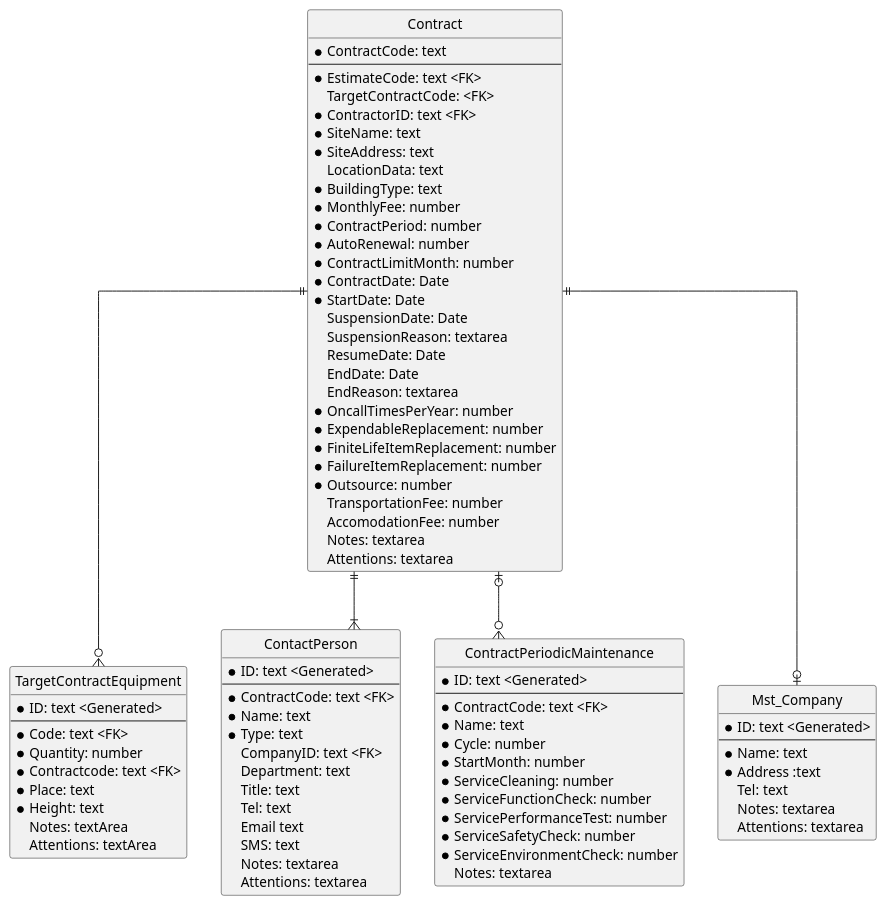
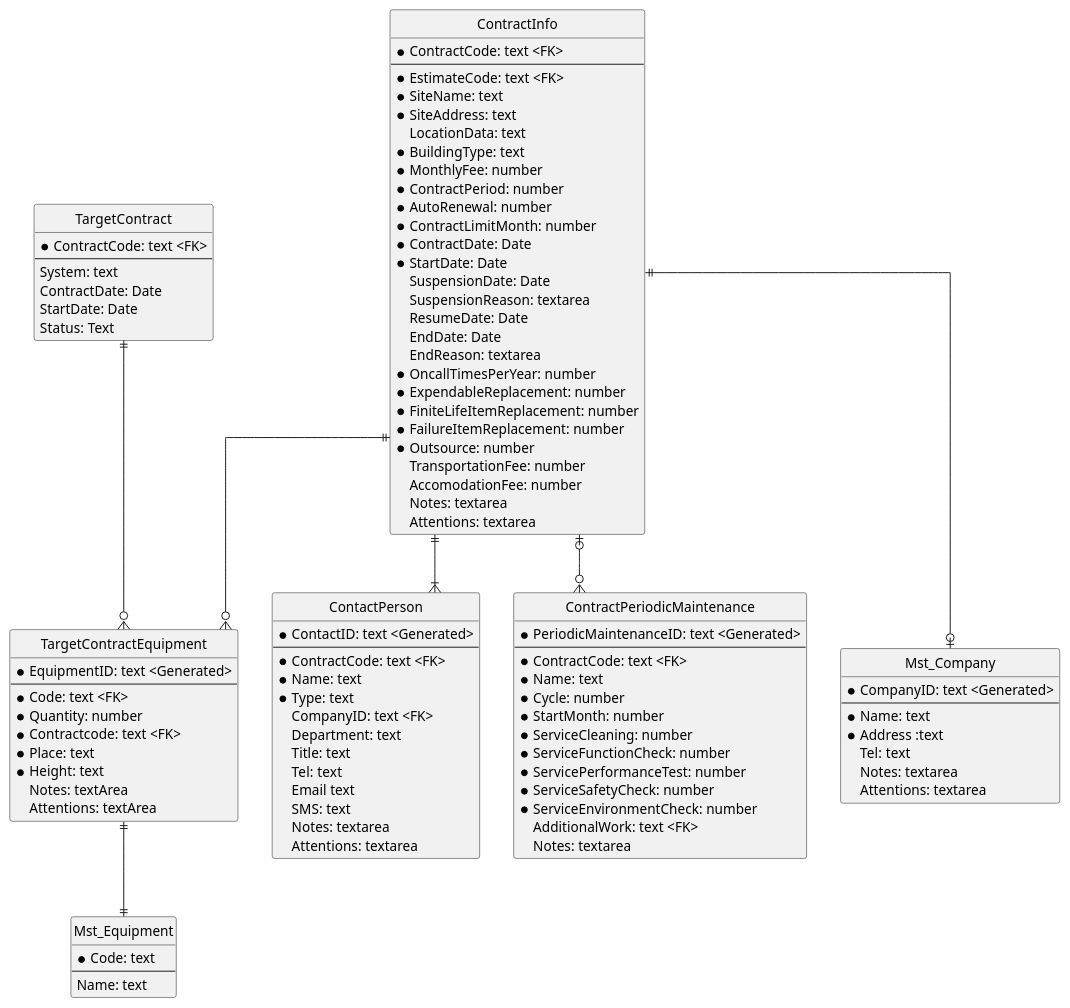
The diagram in er_contract.pu (himiz6912/mms), drawn with PlantUML before and after one commit. The commit also changed 5 other files, not shown here.

```diff
--- a/er_contract.pu
+++ b/er_contract.pu
@@ -1,93 +1,108 @@
 @startuml
 hide circle
 skinparam linetype ortho
 
-entity Contract {
-    * ContractCode: text
+entity ContractInfo {
+    * ContractCode: text <FK>
     --
     * EstimateCode: text <FK>
-    TargetContractCode: <FK>
-    * ContractorID: text <FK>
     * SiteName: text
     * SiteAddress: text
     LocationData: text
     * BuildingType: text
     * MonthlyFee: number
     * ContractPeriod: number
     * AutoRenewal: number
     * ContractLimitMonth: number
     * ContractDate: Date
     * StartDate: Date
     SuspensionDate: Date
     SuspensionReason: textarea
     ResumeDate: Date
     EndDate: Date
     EndReason: textarea
     * OncallTimesPerYear: number
     * ExpendableReplacement: number
     * FiniteLifeItemReplacement: number
     * FailureItemReplacement: number
     * Outsource: number
     TransportationFee: number
     AccomodationFee: number
     Notes: textarea
     Attentions: textarea
 }
 ' BuildingType: Office/ Factory/ Warehouse/ House/ Apartment/ Office building/ Store/ .. 
+entity TargetContract {
+    * ContractCode: text <FK>
+    --
+    System: text
+    ContractDate: Date
+    StartDate: Date
+    Status: Text
+}
 entity TargetContractEquipment {
-    * ID: text <Generated>
+    * EquipmentID: text <Generated>
     --
     * Code: text <FK>
     * Quantity: number
     * Contractcode: text <FK>
     * Place: text
     * Height: text
     Notes: textArea
     Attentions: textArea
 }
 ' Height: Normal height/ Airial work platform/ Airial Work vehicle
+entity Mst_Equipment {
+    * Code: text
+    --
+    Name: text
+}
 entity ContactPerson {
-    * ID: text <Generated>
+    * ContactID: text <Generated>
     --
     * ContractCode: text <FK>
     * Name: text
     * Type: text
     CompanyID: text <FK>
     Department: text
     Title: text
     Tel: text
     Email text
     SMS: text
     Notes: textarea
     Attentions: textarea
 }
 ' Type: Contract/ Emergency/ Appointment/ Habitant/ Security/ Employee
 entity ContractPeriodicMaintenance {
-    * ID: text <Generated>
+    * PeriodicMaintenanceID: text <Generated>
     --
     * ContractCode: text <FK>
     * Name: text
     * Cycle: number
     * StartMonth: number
     * ServiceCleaning: number
     * ServiceFunctionCheck: number
     * ServicePerformanceTest: number
     * ServiceSafetyCheck: number
     * ServiceEnvironmentCheck: number
+    AdditionalWork: text <FK>
     Notes: textarea
 }
+' AdditionalWork: array of CheckStandardID
 entity Mst_Company {
-    * ID: text <Generated>
+    * CompanyID: text <Generated>
     --
     * Name: text
     * Address :text
     Tel: text
     Notes: textarea
     Attentions: textarea
 }
 
-Contract ||--o{ TargetContractEquipment
-Contract |o--o{ ContractPeriodicMaintenance
-Contract ||--|{ ContactPerson
-Contract ||--o| Mst_Company
+ContractInfo ||--o{ TargetContractEquipment
+ContractInfo ||--o| Mst_Company
+ContractInfo |o--o{ ContractPeriodicMaintenance
+ContractInfo ||--|{ ContactPerson
+TargetContract ||--o{ TargetContractEquipment
+TargetContractEquipment ||--|| Mst_Equipment
 @enduml
```
